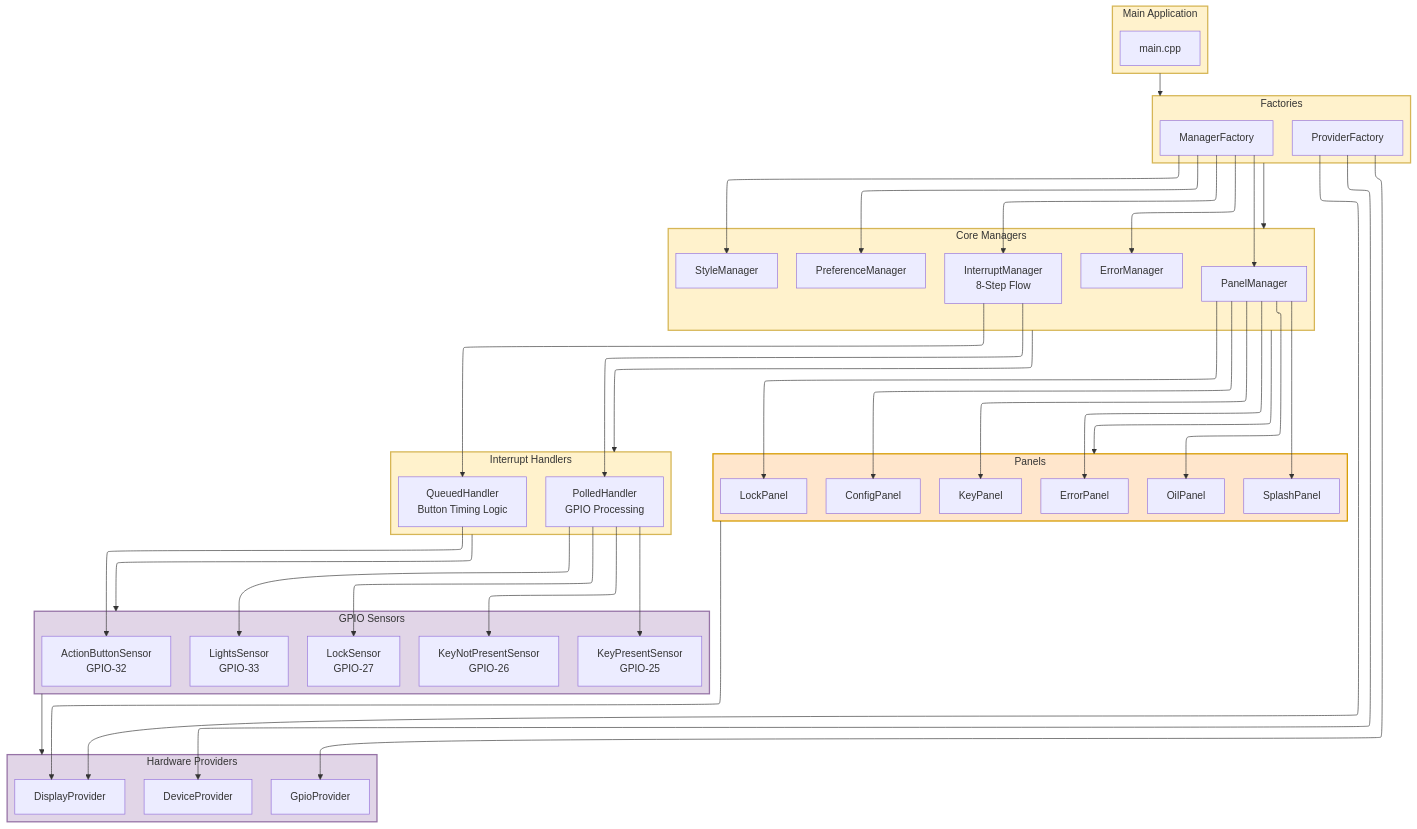
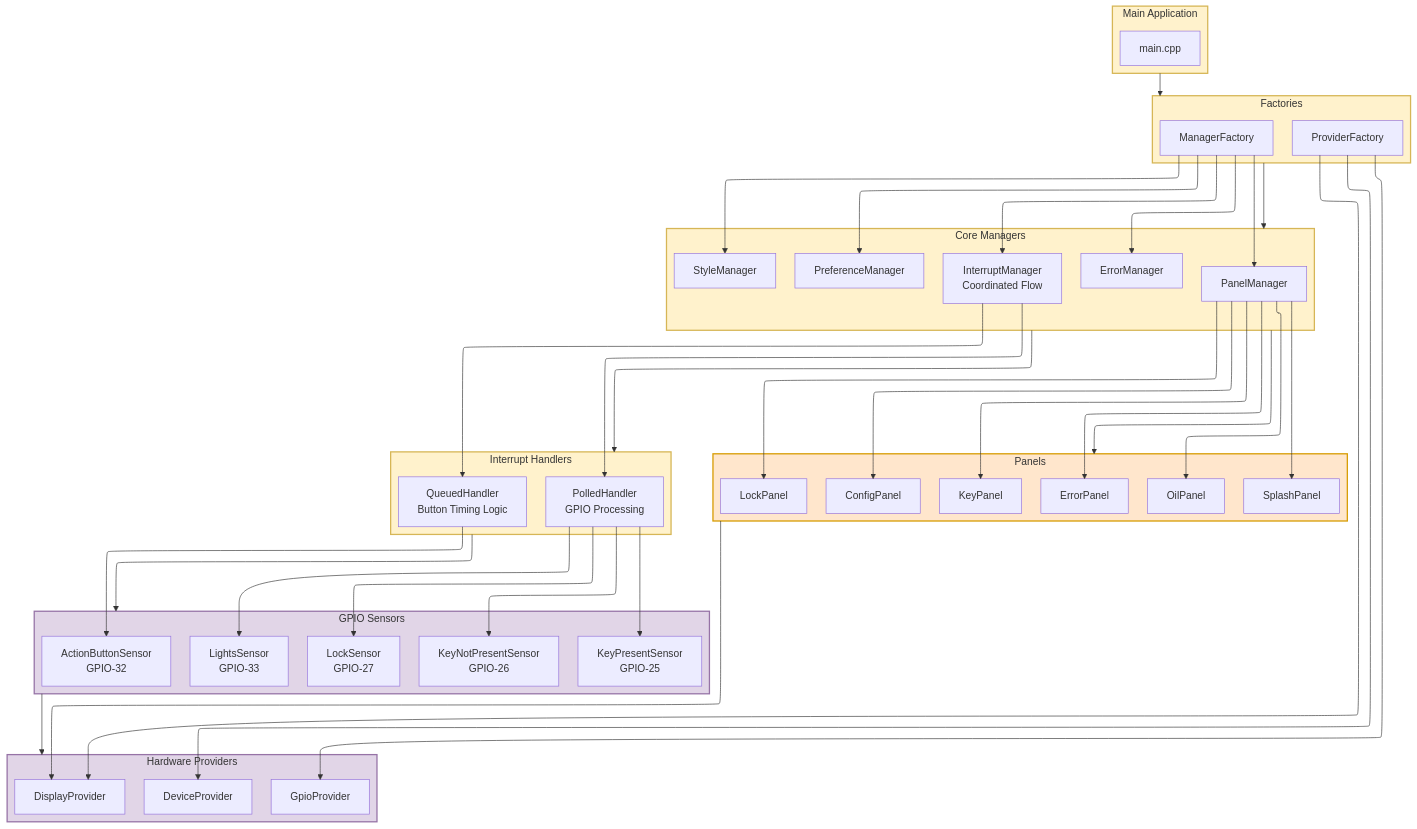
Before and after one commit to marcelrienks/Clarity: the diagram in docs/diagrams/architecture-overview.md, drawn with Mermaid. The commit also changed other lines of this file and 6 other files, not shown here.

```diff
--- a/docs/diagrams/architecture-overview.md
+++ b/docs/diagrams/architecture-overview.md
@@ -41,7 +41,7 @@
     %% Core Managers Layer
     subgraph CoreManagers ["Core Managers"]
         ErrorManager["ErrorManager"]
-        InterruptManager["InterruptManager<br/>8-Step Flow"]
+        InterruptManager["InterruptManager<br/>Coordinated Flow"]
         PreferenceManager["PreferenceManager"]
         StyleManager["StyleManager"]  
         PanelManager["PanelManager"]
@@ -91,7 +91,7 @@
     ProviderFactory --> GpioProvider & DisplayProvider & DeviceProvider
     ManagerFactory --> ErrorManager & InterruptManager & PreferenceManager & StyleManager & PanelManager
     
-    %% Interrupt Manager 8-Step Flow
+    %% Interrupt Manager Coordinated Flow
     InterruptManager --> QueuedHandler & PolledHandler
     QueuedHandler --> ActionButtonSensor
     PolledHandler --> KeyPresentSensor & KeyNotPresentSensor & LockSensor & LightsSensor
```
